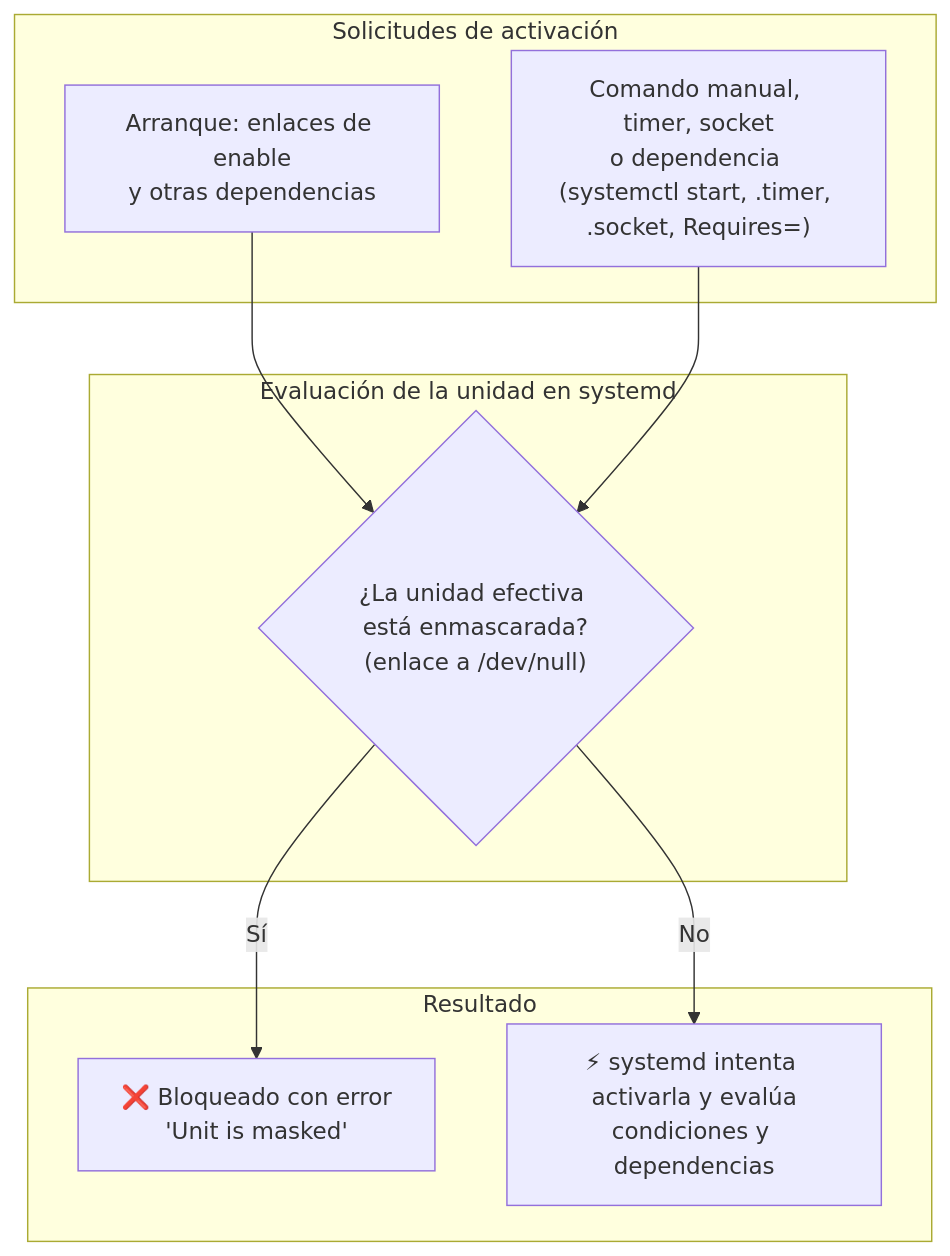
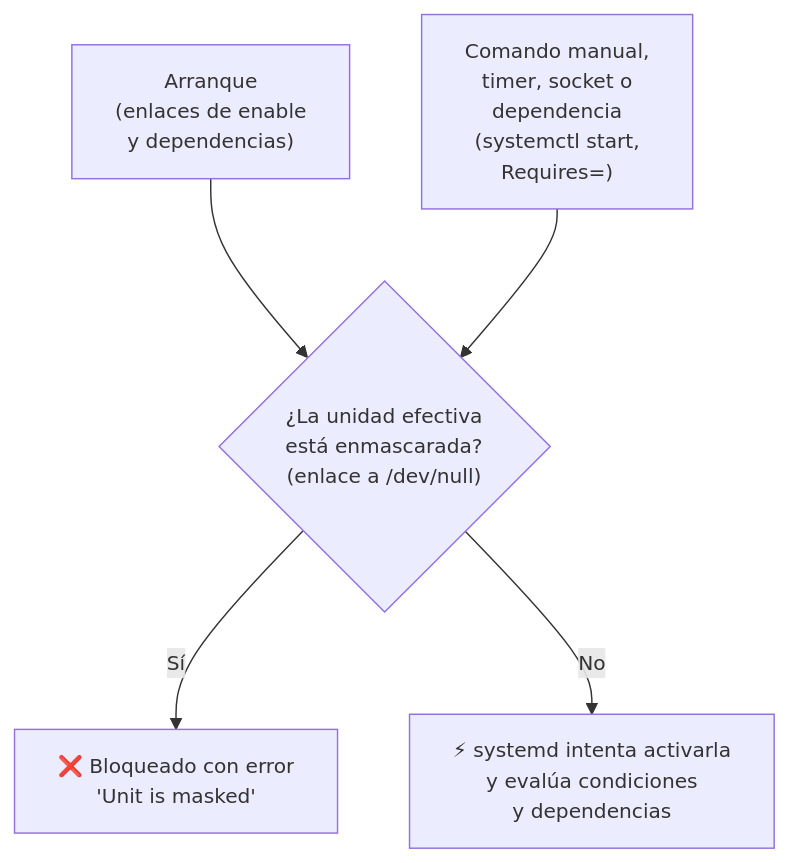
The diagram in src/content/es/how-to/masking-systemd-services.md (jose-oc/joseoc-dev), drawn with Mermaid before and after one commit. The commit also changed 1 other file, not shown here.

Commit message:
Rehace el diagrama de masking en vertical con etiquetas cortas y fuente de 14px

````diff
--- a/src/content/es/how-to/masking-systemd-services.md
+++ b/src/content/es/how-to/masking-systemd-services.md
@@ -26,22 +26,18 @@
 ```mermaid
-flowchart TD
-    subgraph Eventos ["Solicitudes de activación"]
-        T1["Arranque: enlaces de enable<br/>y otras dependencias"]
-        T2["Comando manual, timer, socket<br/>o dependencia (systemctl start, .timer, .socket, Requires=)"]
-    end
-
-    subgraph Resolucion ["Evaluación de la unidad en systemd"]
-        C{"¿La unidad efectiva está enmascarada?<br/>(enlace a /dev/null)"}
-    end
-
-    subgraph Resultado ["Resultado"]
-        R1["❌ Bloqueado con error<br/>'Unit is masked'"]
-        R2["⚡ systemd intenta activarla y evalúa<br/>condiciones y dependencias"]
-    end
+---
+config:
+  themeVariables:
+    fontSize: 14px
+---
+flowchart TB
+    T1["Arranque<br/>(enlaces de enable<br/>y dependencias)"]
+    T2["Comando manual,<br/>timer, socket o<br/>dependencia<br/>(systemctl start,<br/>Requires=)"]
+    C{"¿La unidad efectiva<br/>está enmascarada?<br/>(enlace a /dev/null)"}
+    R1["❌ Bloqueado con error<br/>'Unit is masked'"]
+    R2["⚡ systemd intenta activarla<br/>y evalúa condiciones<br/>y dependencias"]
 
     T1 --> C
     T2 --> C
-
-    C -- "Sí" --> R1
-    C -- "No" --> R2
+    C -->|"Sí"| R1
+    C -->|"No"| R2
 ```
````
